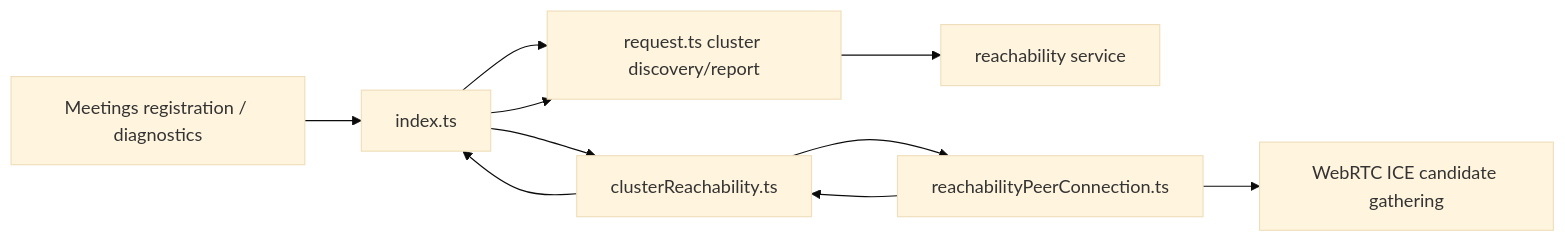
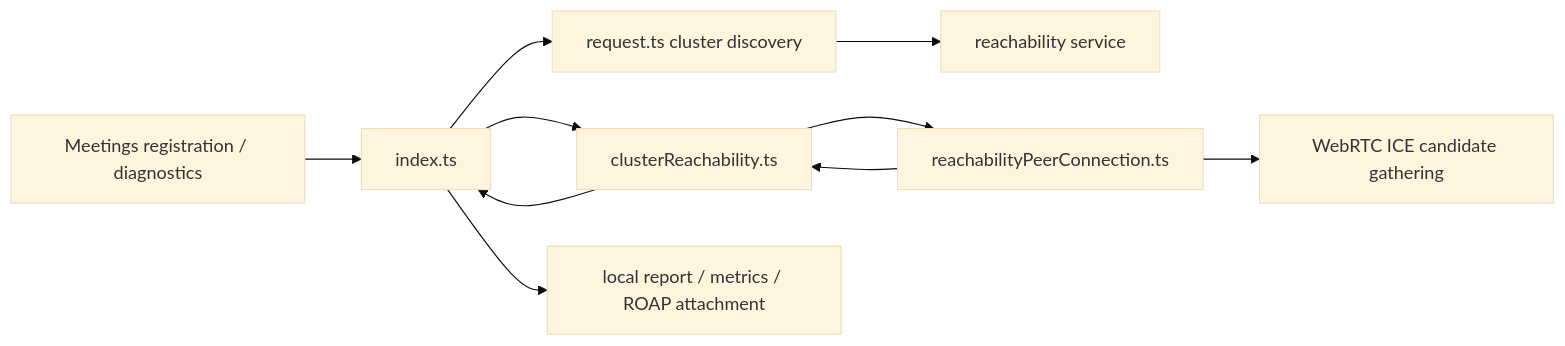
The first of 4 diagrams in packages/@webex/plugin-meetings/src/reachability/ai-docs/reachability-spec.md (webex/webex-js-sdk), drawn with Mermaid (base theme) before and after one commit. The commit also changed other lines of this file and 24 other files, not shown here.

````diff
--- a/packages/@webex/plugin-meetings/src/reachability/ai-docs/reachability-spec.md
+++ b/packages/@webex/plugin-meetings/src/reachability/ai-docs/reachability-spec.md
@@ -106,12 +121,12 @@
 ```mermaid
 flowchart LR
   Caller[Meetings registration / diagnostics] --> Reach[index.ts]
-  Reach --> Request[request.ts cluster discovery/report]
+  Reach --> Request[request.ts cluster discovery]
   Request --> Service[reachability service]
   Reach --> Cluster[clusterReachability.ts]
   Cluster --> Probe[reachabilityPeerConnection.ts]
   Probe --> ICE[WebRTC ICE candidate gathering]
   Probe --> Cluster
   Cluster --> Reach
-  Reach --> Request
+  Reach --> Local[local report / metrics / ROAP attachment]
 ```
````
